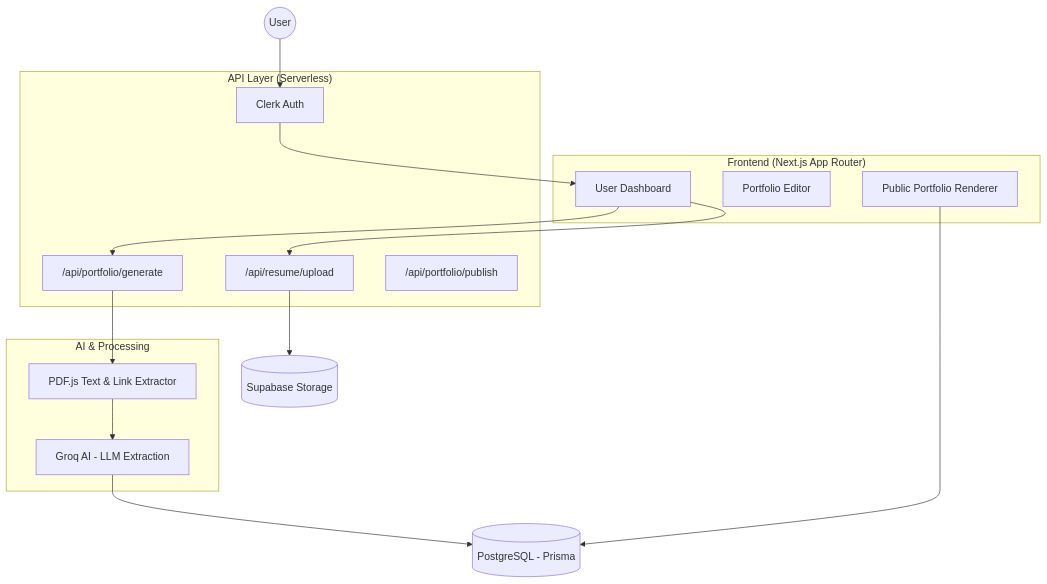
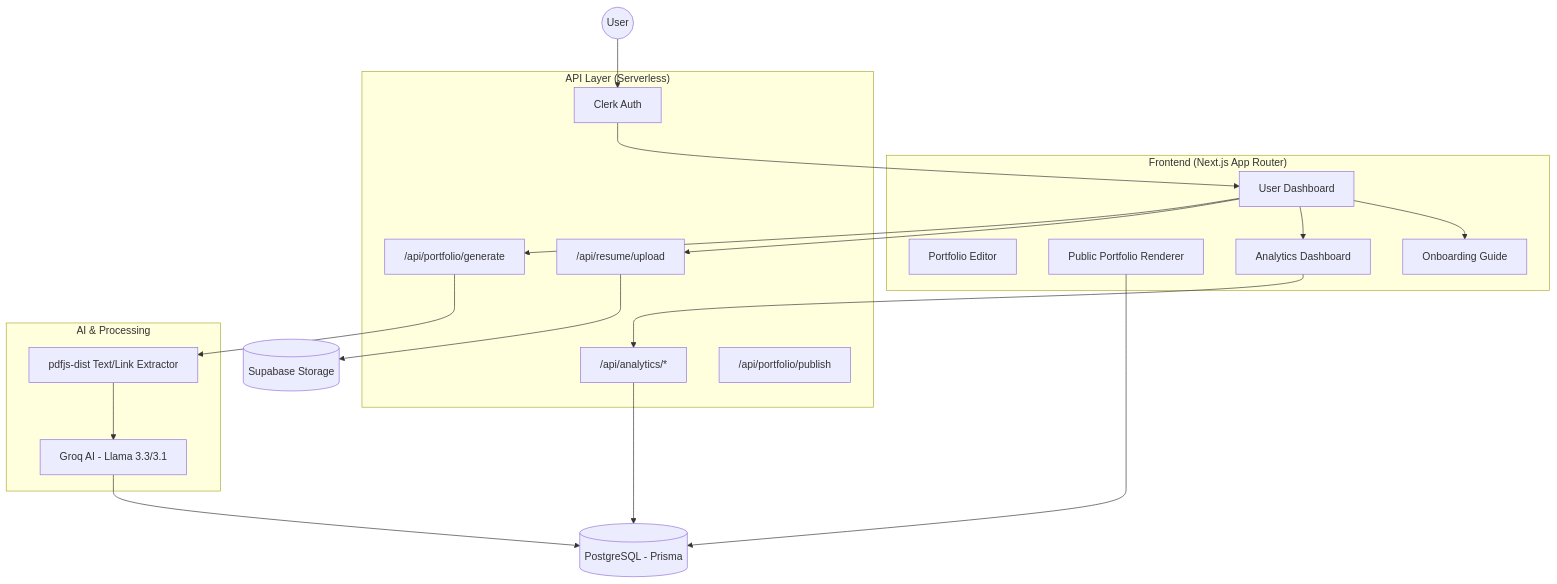
The diagram in docs/HLD.md (minianon/ShortlistMe), drawn with Mermaid before and after one commit. The commit also changed other lines of this file and 2 other files, not shown here.

````diff
--- a/docs/HLD.md
+++ b/docs/HLD.md
@@ -9,34 +9,41 @@
 ```mermaid
 graph TD
     User((User))
     Store[(PostgreSQL - Prisma)]
     Bucket[(Supabase Storage)]
     
     subgraph Frontend ["Frontend (Next.js App Router)"]
         Dashboard[User Dashboard]
         Editor[Portfolio Editor]
         PublicView[Public Portfolio Renderer]
+        Onboard[Onboarding Guide]
+        AnalyticsUI[Analytics Dashboard]
     end
 
     subgraph API ["API Layer (Serverless)"]
         Auth["Clerk Auth"]
         UploadAPI["/api/resume/upload"]
         GenAPI["/api/portfolio/generate"]
+        AnalyticsAPI["/api/analytics/*"]
         PublicAPI["/api/portfolio/publish"]
     end
 
     subgraph AI ["AI & Processing"]
-        Parser["PDF.js Text & Link Extractor"]
-        Groq["Groq AI - LLM Extraction"]
+        Parser["pdfjs-dist Text/Link Extractor"]
+        Groq["Groq AI - Llama 3.3/3.1"]
     end
 
     User --> Auth
     Auth --> Dashboard
+    Dashboard --> Onboard
+    Dashboard --> AnalyticsUI
     Dashboard --> UploadAPI
     UploadAPI --> Bucket
     Dashboard --> GenAPI
     GenAPI --> Parser
     Parser --> Groq
     Groq --> Store
     PublicView --> Store
+    AnalyticsUI --> AnalyticsAPI
+    AnalyticsAPI --> Store
 ```
````
